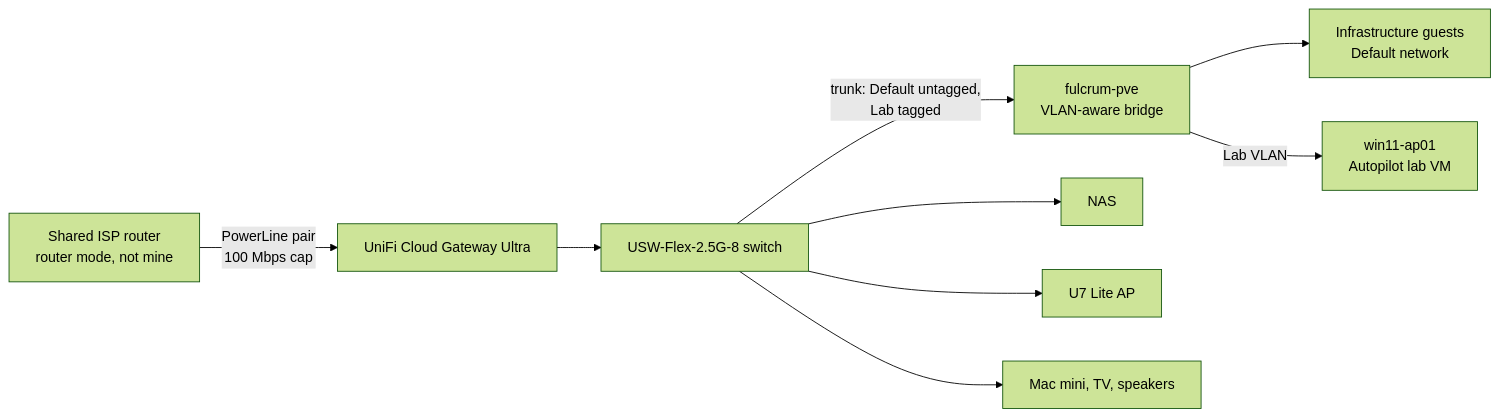
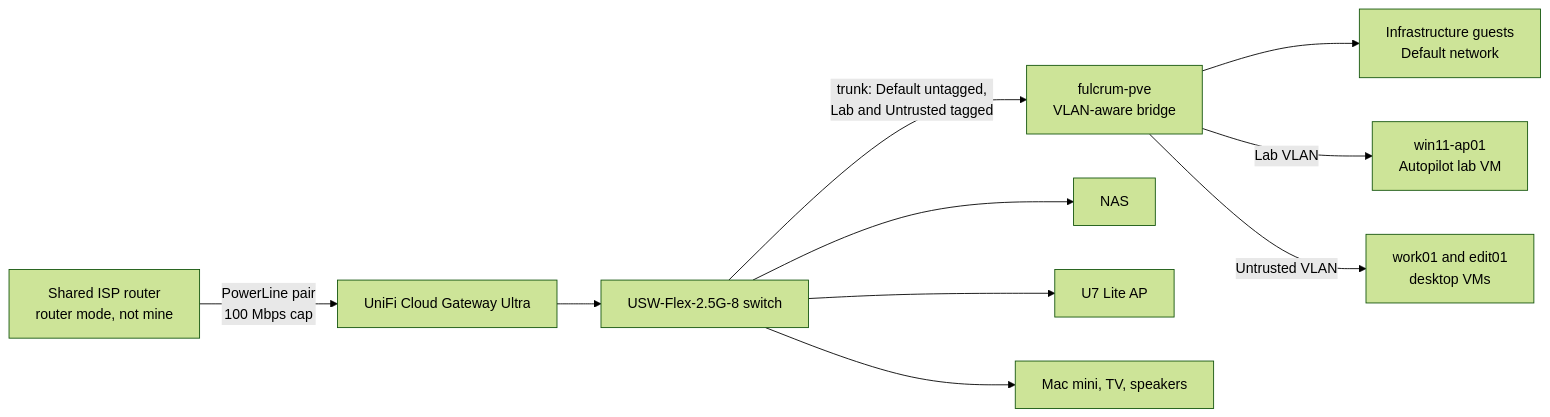
The diagram in docs/networking.md (jacobollis/homelab), drawn with Mermaid (forest theme) before and after one commit. The commit also changed other lines of this file and 6 other files, not shown here.

Commit message:
docs: add untrusted desktop zone and Tailscale finding

````diff
--- a/docs/networking.md
+++ b/docs/networking.md
@@ -5,11 +5,12 @@
 ```mermaid
 flowchart LR
   isp["Shared ISP router<br/>router mode, not mine"] -- "PowerLine pair<br/>100 Mbps cap" --> gw["UniFi Cloud Gateway Ultra"]
   gw --> sw["USW-Flex-2.5G-8 switch"]
-  sw -- "trunk: Default untagged,<br/>Lab tagged" --> pve["fulcrum-pve<br/>VLAN-aware bridge"]
+  sw -- "trunk: Default untagged,<br/>Lab and Untrusted tagged" --> pve["fulcrum-pve<br/>VLAN-aware bridge"]
   pve --> vms["Infrastructure guests<br/>Default network"]
   pve -- "Lab VLAN" --> lab["win11-ap01<br/>Autopilot lab VM"]
+  pve -- "Untrusted VLAN" --> untr["work01 and edit01<br/>desktop VMs"]
   sw --> nas["NAS"]
   sw --> ap["U7 Lite AP"]
   sw --> clients["Mac mini, TV, speakers"]
 ```
````
